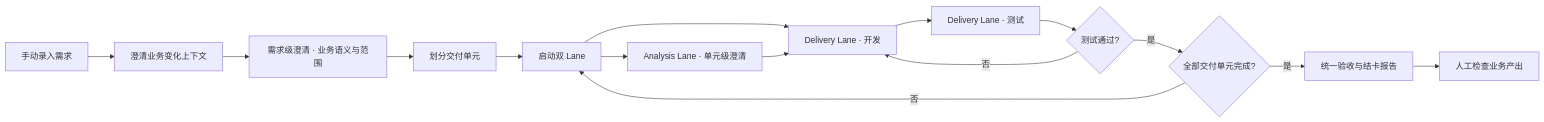
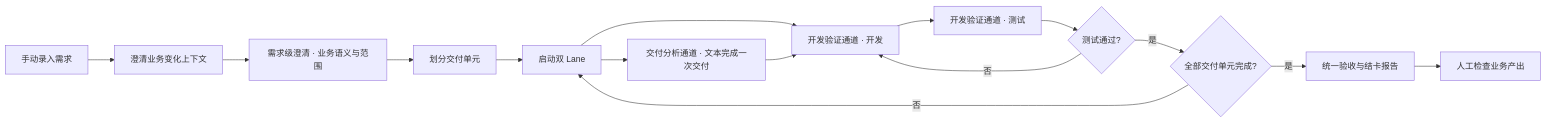
One commit to InspireChina/ai4se-loop-workflow changed the first of 3 diagrams in docs/l4-loop-handbook.md. Above: the diagram before and after it, drawn with Mermaid. The commit also changed other lines of this file and 55 other files, not shown here.

````diff
--- a/docs/l4-loop-handbook.md
+++ b/docs/l4-loop-handbook.md
@@ -134,17 +134,17 @@
 ```mermaid
 flowchart LR
     input["手动录入需求"] --> context["澄清业务变化上下文"]
     context --> intakeClarify["需求级澄清 · 业务语义与范围"]
     intakeClarify --> split["划分交付单元"]
     split --> lanes["启动双 Lane"]
-    lanes --> clarify["Analysis Lane · 单元级澄清"]
-    lanes --> dev["Delivery Lane · 开发"]
+    lanes --> clarify["交付分析通道 · 文本完成一次交付"]
+    lanes --> dev["开发验证通道 · 开发"]
     clarify --> dev
-    dev --> test["Delivery Lane · 测试"]
+    dev --> test["开发验证通道 · 测试"]
     test --> passed{"测试通过?"}
     passed -->|"否"| dev
     passed -->|"是"| completed{"全部交付单元完成?"}
     completed -->|"否"| lanes
     completed -->|"是"| review["统一验收与结卡报告"]
     review --> human["人工检查业务产出"]
 ```
````
